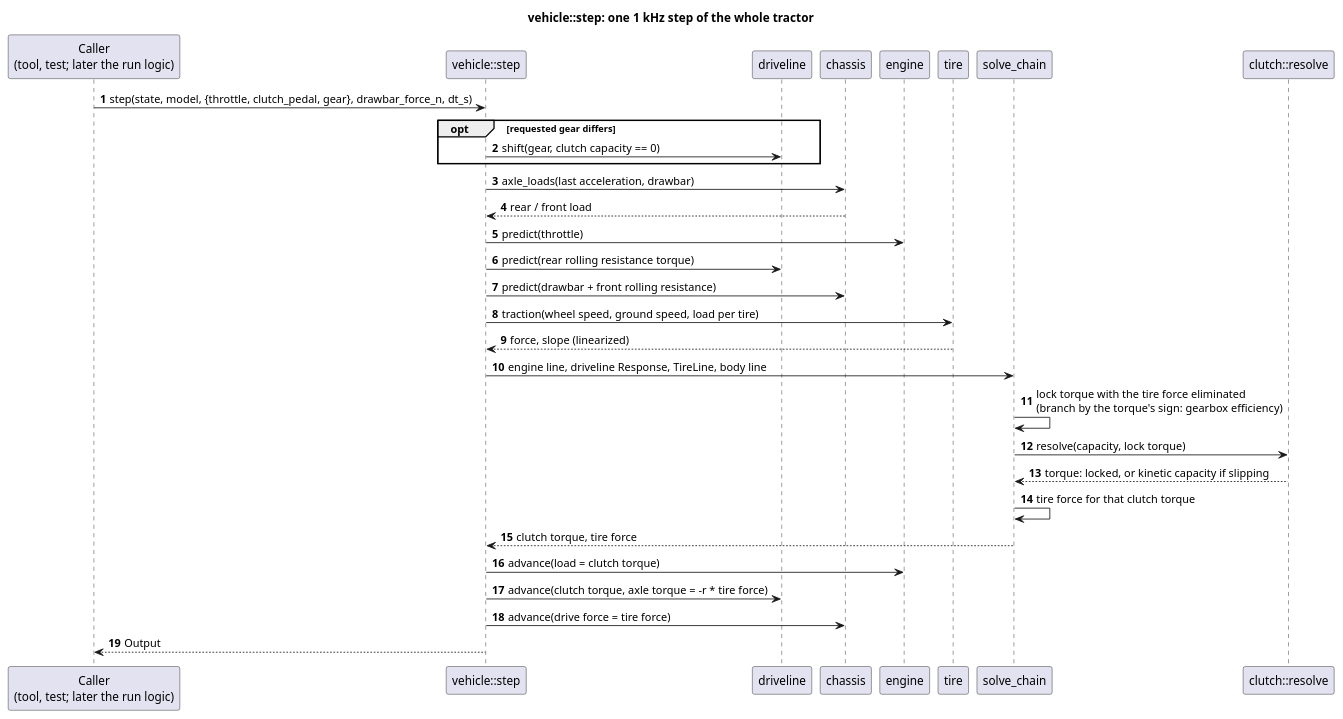
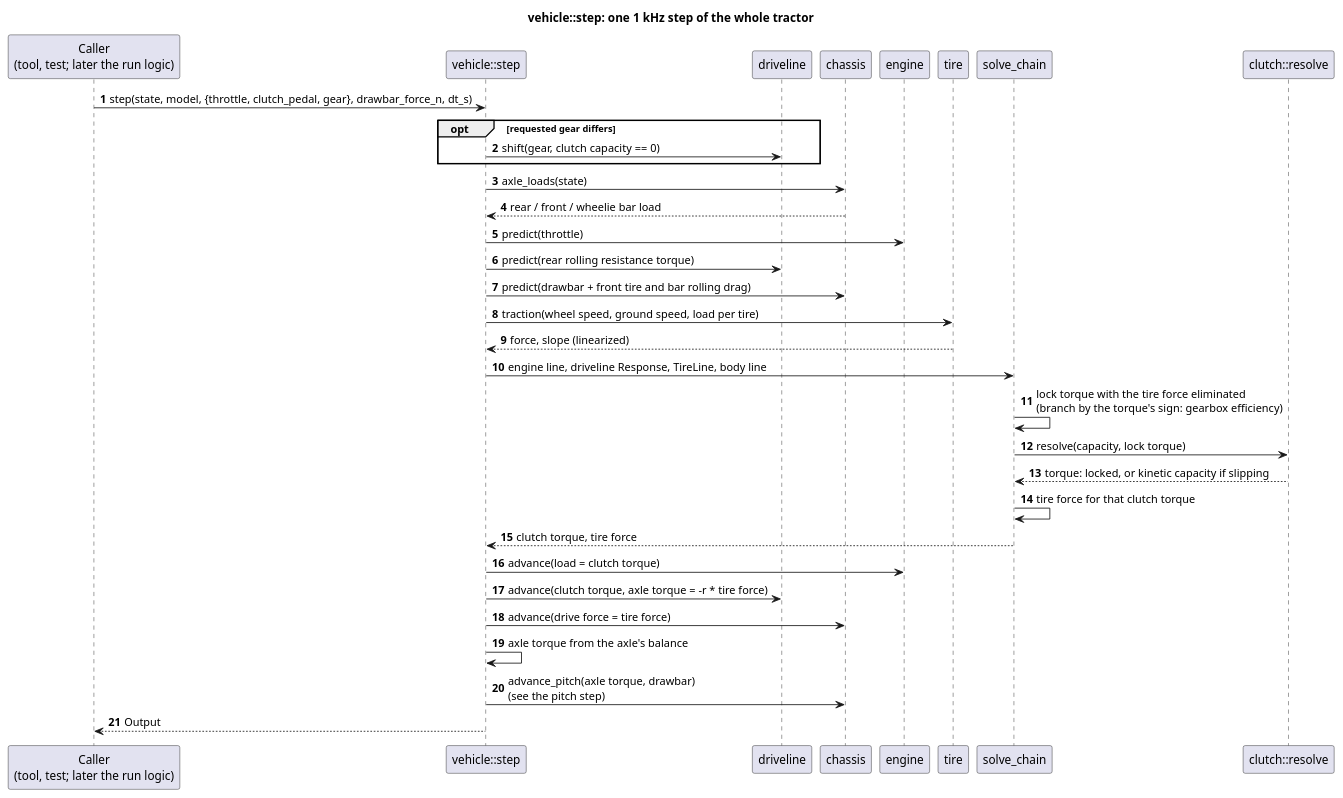
One commit to wversteeg/TractorPulling changed the diagram in docs/diagrams/vehicle_step_sequence.puml. Above: the diagram before and after it, drawn with PlantUML. The commit also changed 11 other files, not shown here.

First line of the commit message:
Document pitch: diagrams, conventions and architecture

```diff
--- a/docs/diagrams/vehicle_step_sequence.puml
+++ b/docs/diagrams/vehicle_step_sequence.puml
@@ -1,34 +1,36 @@
 @startuml vehicle_step_sequence
 title vehicle::step: one 1 kHz step of the whole tractor
 autonumber
 participant "Caller\n(tool, test; later the run logic)" as Caller
 participant "vehicle::step" as Step
 participant "driveline" as Driveline
 participant "chassis" as Chassis
 participant "engine" as Engine
 participant "tire" as Tire
 participant "solve_chain" as Solve
 participant "clutch::resolve" as Clutch
 
 Caller -> Step : step(state, model, {throttle, clutch_pedal, gear}, drawbar_force_n, dt_s)
 opt requested gear differs
   Step -> Driveline : shift(gear, clutch capacity == 0)
 end
-Step -> Chassis : axle_loads(last acceleration, drawbar)
-Chassis --> Step : rear / front load
+Step -> Chassis : axle_loads(state)
+Chassis --> Step : rear / front / wheelie bar load
 Step -> Engine : predict(throttle)
 Step -> Driveline : predict(rear rolling resistance torque)
-Step -> Chassis : predict(drawbar + front rolling resistance)
+Step -> Chassis : predict(drawbar + front tire and bar rolling drag)
 Step -> Tire : traction(wheel speed, ground speed, load per tire)
 Tire --> Step : force, slope (linearized)
 Step -> Solve : engine line, driveline Response, TireLine, body line
 Solve -> Solve : lock torque with the tire force eliminated\n(branch by the torque's sign: gearbox efficiency)
 Solve -> Clutch : resolve(capacity, lock torque)
 Clutch --> Solve : torque: locked, or kinetic capacity if slipping
 Solve -> Solve : tire force for that clutch torque
 Solve --> Step : clutch torque, tire force
 Step -> Engine : advance(load = clutch torque)
 Step -> Driveline : advance(clutch torque, axle torque = -r * tire force)
 Step -> Chassis : advance(drive force = tire force)
+Step -> Step : axle torque from the axle's balance
+Step -> Chassis : advance_pitch(axle torque, drawbar)\n(see the pitch step)
 Step --> Caller : Output
 @enduml
```
